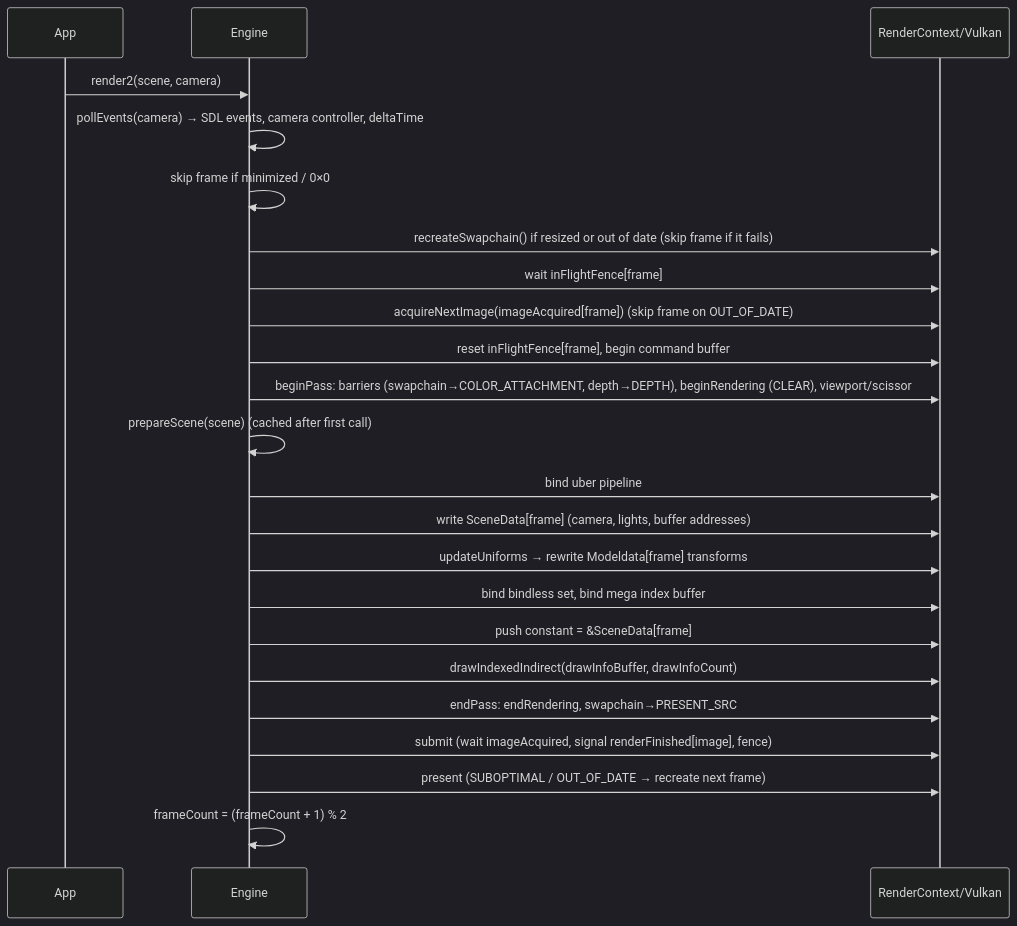
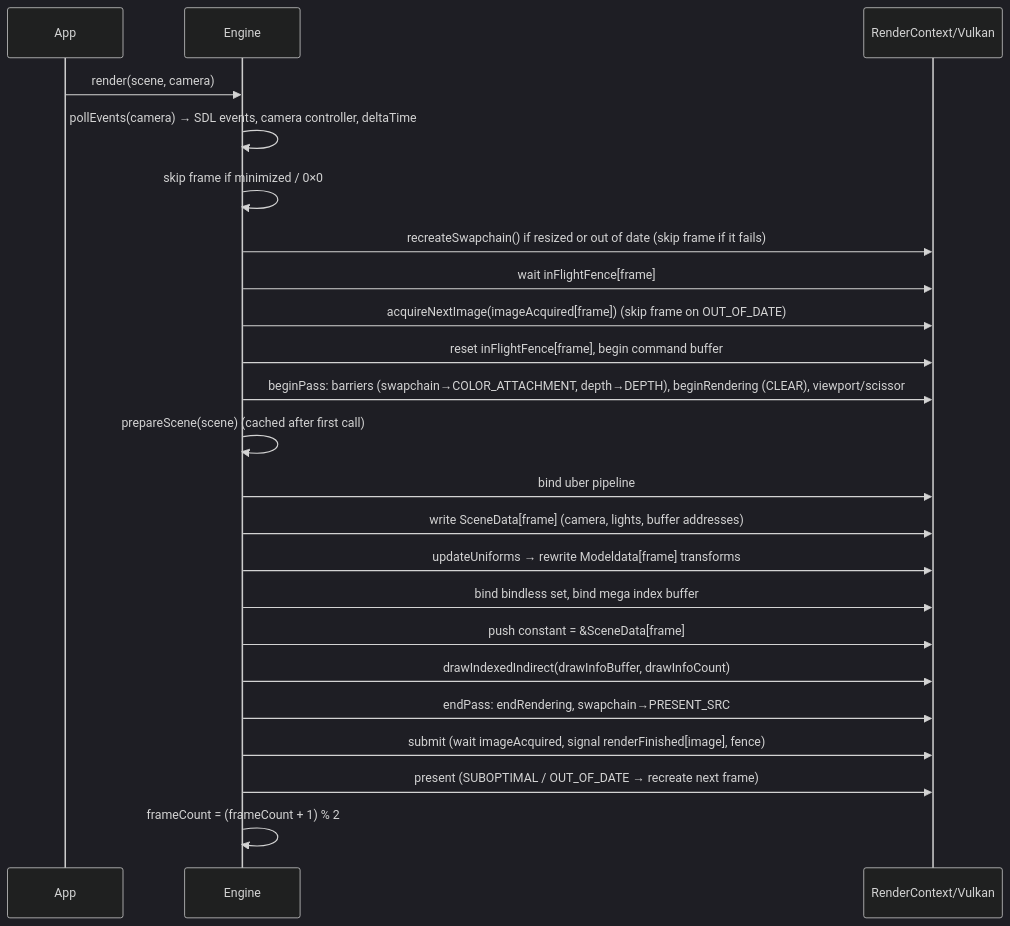
Before and after one commit to adel-elmala/rasm: the second of 3 diagrams in docs/architecture.md, drawn with Mermaid (dark theme). The commit also changed other lines of this file and 20 other files, not shown here.

````diff
--- a/docs/architecture.md
+++ b/docs/architecture.md
@@ -77,25 +77,25 @@
 ```mermaid
 sequenceDiagram
     participant App
     participant E as Engine
     participant C as RenderContext/Vulkan
-    App->>E: render2(scene, camera)
+    App->>E: render(scene, camera)
     E->>E: pollEvents(camera) → SDL events, camera controller, deltaTime
     E->>E: skip frame if minimized / 0×0
     E->>C: recreateSwapchain() if resized or out of date (skip frame if it fails)
     E->>C: wait inFlightFence[frame]
     E->>C: acquireNextImage(imageAcquired[frame]) (skip frame on OUT_OF_DATE)
     E->>C: reset inFlightFence[frame], begin command buffer
     E->>C: beginPass: barriers (swapchain→COLOR_ATTACHMENT, depth→DEPTH), beginRendering (CLEAR), viewport/scissor
     E->>E: prepareScene(scene) (cached after first call)
     E->>C: bind uber pipeline
     E->>C: write SceneData[frame] (camera, lights, buffer addresses)
     E->>C: updateUniforms → rewrite Modeldata[frame] transforms
     E->>C: bind bindless set, bind mega index buffer
     E->>C: push constant = &SceneData[frame]
     E->>C: drawIndexedIndirect(drawInfoBuffer, drawInfoCount)
     E->>C: endPass: endRendering, swapchain→PRESENT_SRC
     E->>C: submit (wait imageAcquired, signal renderFinished[image], fence)
     E->>C: present (SUBOPTIMAL / OUT_OF_DATE → recreate next frame)
     E->>E: frameCount = (frameCount + 1) % 2
 ```
````
